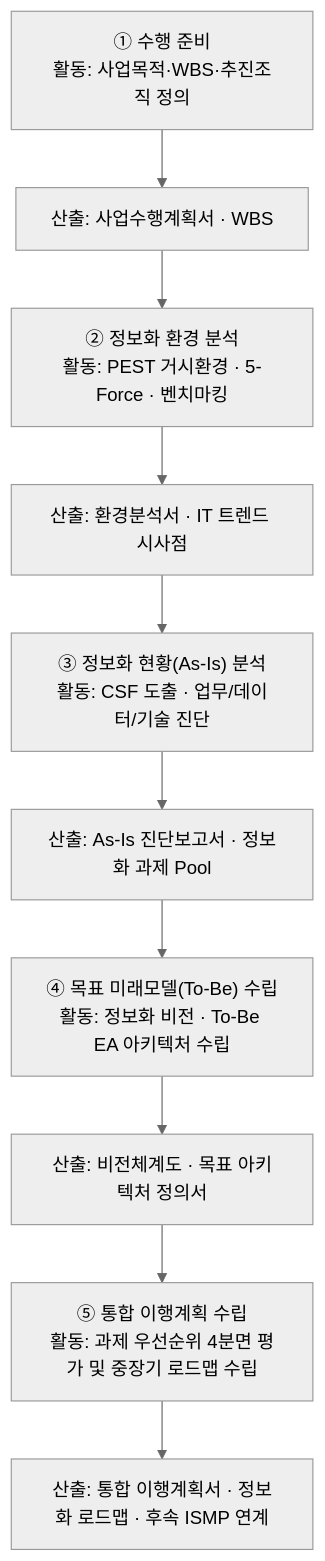
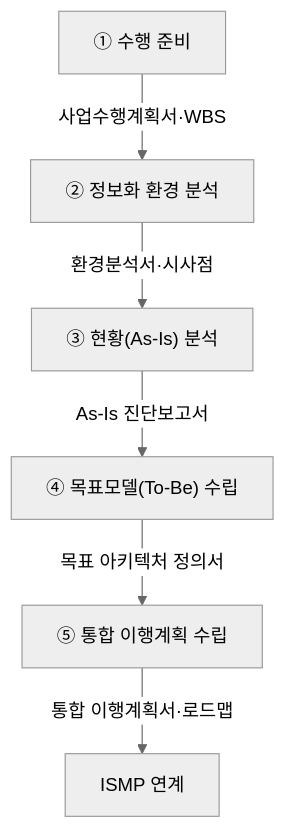
The first of 2 diagrams in src/content/docs/notes/itpe/01-it-strategy/003_isp.md (agnusdei1207/study), drawn with Mermaid (neutral theme) before and after one commit. The commit also changed other lines of this file and 19 other files, not shown here.

````diff
--- a/src/content/docs/notes/itpe/01-it-strategy/003_isp.md
+++ b/src/content/docs/notes/itpe/01-it-strategy/003_isp.md
@@ -58,12 +56,8 @@
 ```mermaid
 flowchart TD
-    S1["① 수행 준비<br/>활동: 사업목적·WBS·추진조직 정의"] --> O1["산출: 사업수행계획서 · WBS"]
-    O1 --> S2["② 정보화 환경 분석<br/>활동: PEST 거시환경 · 5-Force · 벤치마킹"]
-    S2 --> O2["산출: 환경분석서 · IT 트렌드 시사점"]
-    O2 --> S3["③ 정보화 현황(As-Is) 분석<br/>활동: CSF 도출 · 업무/데이터/기술 진단"]
-    S3 --> O3["산출: As-Is 진단보고서 · 정보화 과제 Pool"]
-    O3 --> S4["④ 목표 미래모델(To-Be) 수립<br/>활동: 정보화 비전 · To-Be EA 아키텍처 수립"]
-    S4 --> O4["산출: 비전체계도 · 목표 아키텍처 정의서"]
-    O4 --> S5["⑤ 통합 이행계획 수립<br/>활동: 과제 우선순위 4분면 평가 및 중장기 로드맵 수립"]
-    S5 --> O5["산출: 통합 이행계획서 · 정보화 로드맵 · 후속 ISMP 연계"]
+    S1["① 수행 준비"] -->|사업수행계획서·WBS| S2["② 정보화 환경 분석"]
+    S2 -->|환경분석서·시사점| S3["③ 현황(As-Is) 분석"]
+    S3 -->|As-Is 진단보고서| S4["④ 목표모델(To-Be) 수립"]
+    S4 -->|목표 아키텍처 정의서| S5["⑤ 통합 이행계획 수립"]
+    S5 -->|통합 이행계획서·로드맵| ISMP["ISMP 연계"]
 ```
````
